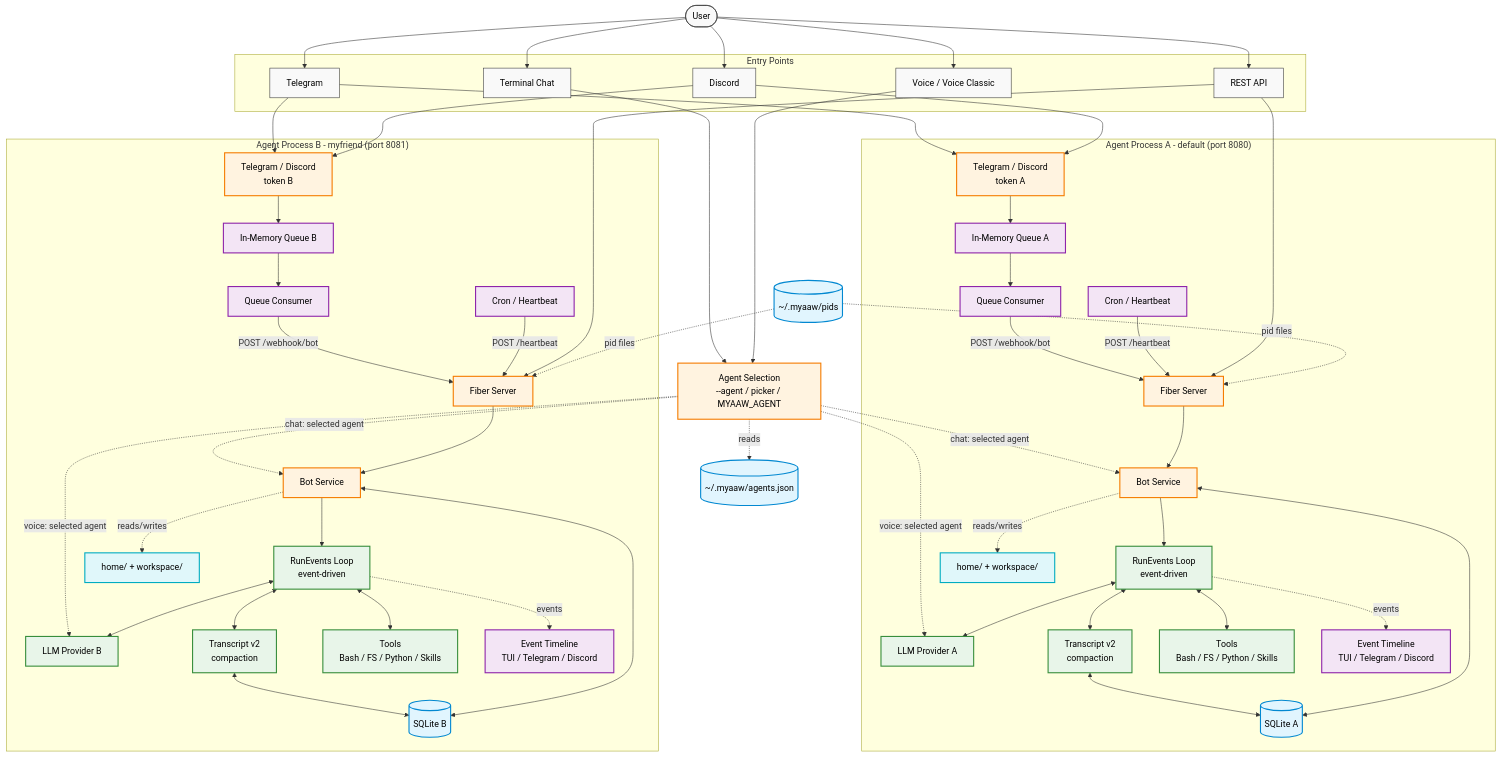
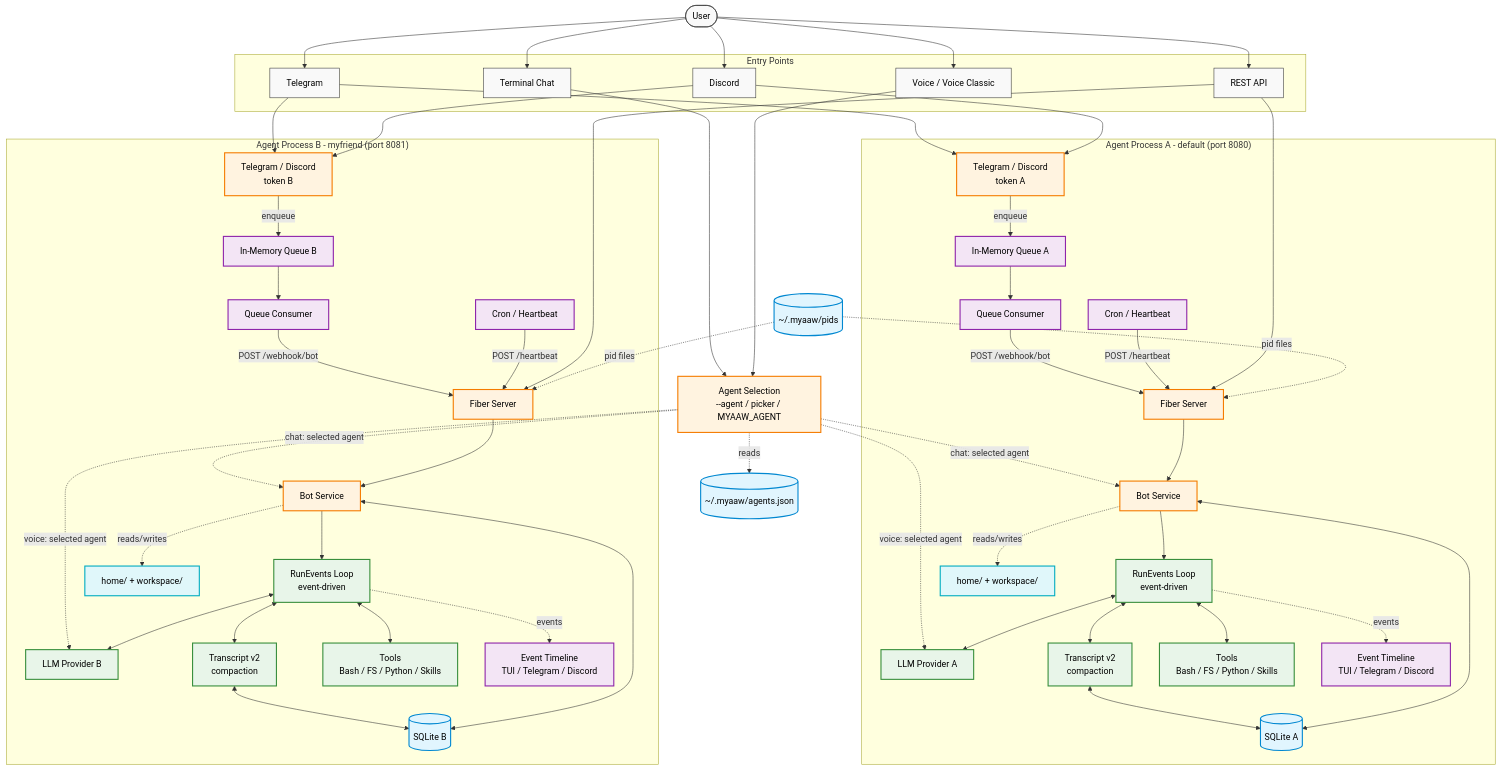
Before and after one commit to Shiyinq/myaaw: the diagram in README.md, drawn with Mermaid. The commit also changed other lines of this file, not shown here.

Commit message:
docs: label enqueue path in architecture diagram

```diff
--- a/README.md
+++ b/README.md
@@ -103,7 +103,7 @@
         CRON_A[Cron / Heartbeat]
         UI_A[Event Timeline<br/>TUI / Telegram / Discord]
 
-        CH_A --> QUEUE_A
+        CH_A -- "enqueue" --> QUEUE_A
         QUEUE_A --> CONSUMER_A
         CONSUMER_A -- "POST /webhook/bot" --> SRV_A
         CRON_A -- "POST /heartbeat" --> SRV_A
@@ -133,7 +133,7 @@
         CRON_B[Cron / Heartbeat]
         UI_B[Event Timeline<br/>TUI / Telegram / Discord]
 
-        CH_B --> QUEUE_B
+        CH_B -- "enqueue" --> QUEUE_B
         QUEUE_B --> CONSUMER_B
         CONSUMER_B -- "POST /webhook/bot" --> SRV_B
         CRON_B -- "POST /heartbeat" --> SRV_B
```
